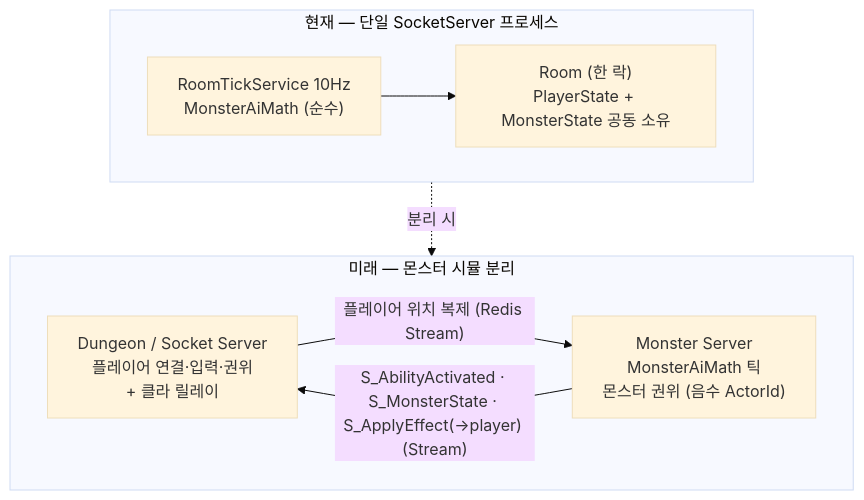
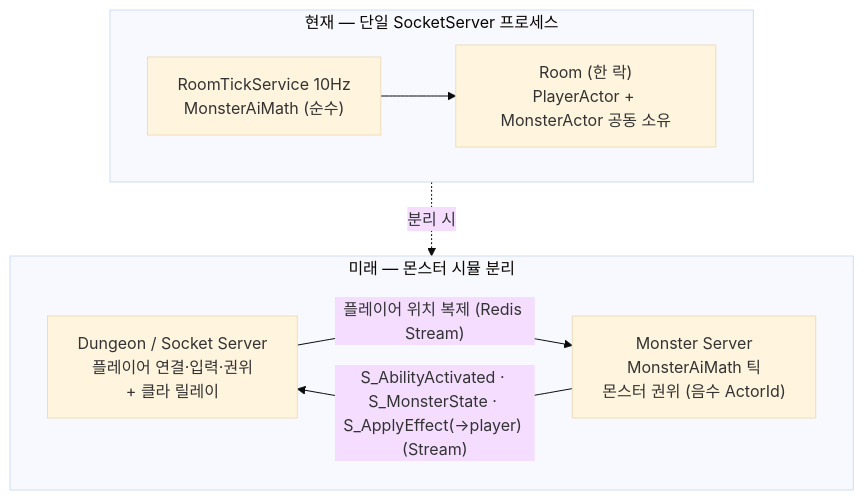
One commit to SeoBYP/Multiplay-ActionRPG-Unity changed the seventh of 7 diagrams in docs/wiki/actor-combat-architecture.md. Above: the diagram before and after it, drawn with Mermaid (base theme). The commit also changed other lines of this file and 89 other files, not shown here.

````diff
--- a/docs/wiki/actor-combat-architecture.md
+++ b/docs/wiki/actor-combat-architecture.md
@@ -418,16 +418,16 @@
 ```mermaid
 flowchart TB
     subgraph now["현재 — 단일 SocketServer 프로세스"]
-        R["Room (한 락)<br/>PlayerState + MonsterState 공동 소유"]
+        R["Room (한 락)<br/>PlayerActor + MonsterActor 공동 소유"]
         RT["RoomTickService 10Hz<br/>MonsterAiMath (순수)"]
         RT --> R
     end
     subgraph future["미래 — 몬스터 시뮬 분리"]
         direction LR
         DS["Dungeon / Socket Server<br/>플레이어 연결·입력·권위<br/>+ 클라 릴레이"]
         MS["Monster Server<br/>MonsterAiMath 틱<br/>몬스터 권위 (음수 ActorId)"]
         DS -->|"플레이어 위치 복제 (Redis Stream)"| MS
         MS -->|"S_AbilityActivated · S_MonsterState · S_ApplyEffect(→player) (Stream)"| DS
     end
     now -. 분리 시 .-> future
 ```
````
